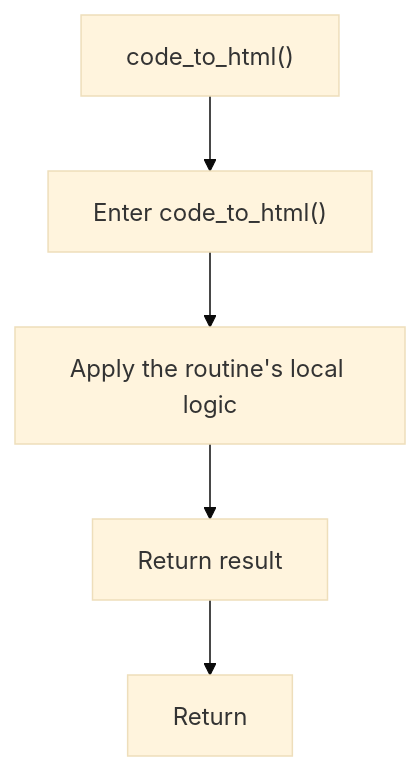
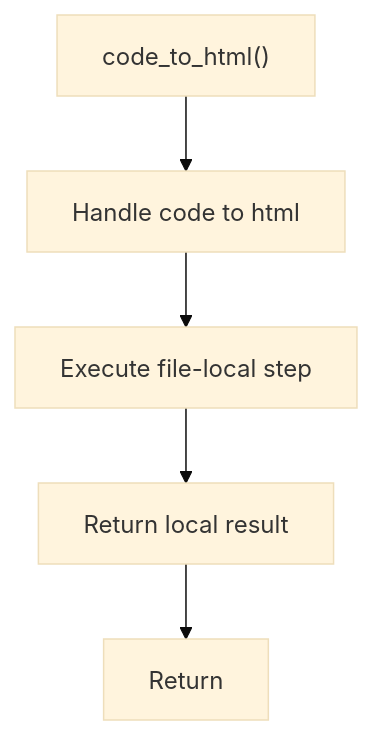
One commit to JohnAndrewBalbarosa/NeoTerritory changed the sixth of 10 diagrams in docs/Codebase/Microservice/Modules/Source/OutputGeneration/Render/codebase_output_writer.cpp.md. Above: the diagram before and after it, drawn with Mermaid (base theme). The commit also changed other lines of this file and 915 other files, not shown here.

````diff
--- a/docs/Codebase/Microservice/Modules/Source/OutputGeneration/Render/codebase_output_writer.cpp.md
+++ b/docs/Codebase/Microservice/Modules/Source/OutputGeneration/Render/codebase_output_writer.cpp.md
@@ -199,12 +198,12 @@
 ```mermaid
 flowchart TD
     Start["code_to_html()"]
-    N0["Enter code_to_html()"]
-    N1["Apply the routine's local logic"]
-    N2["Return result"]
+    N0["Handle code to html"]
+    N1["Execute file-local step"]
+    N2["Return local result"]
     End["Return"]
     Start --> N0
     N0 --> N1
     N1 --> N2
     N2 --> End
 ```
````
